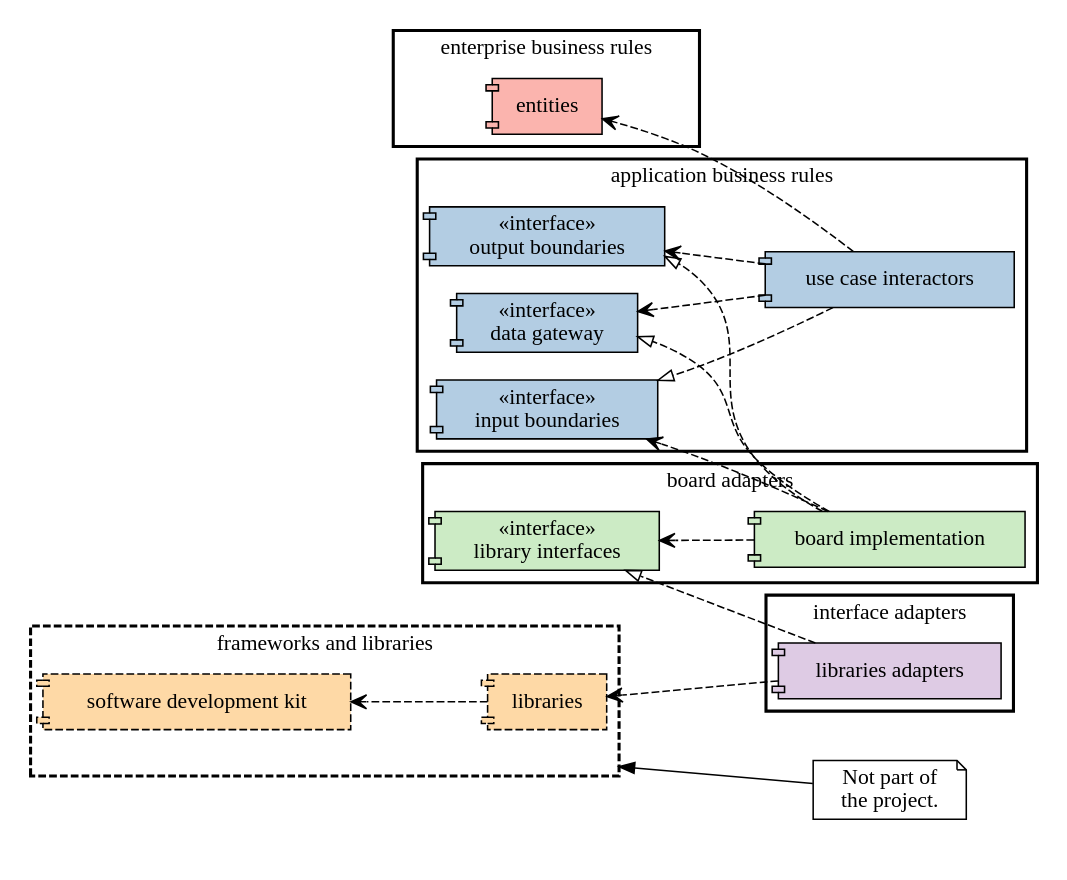
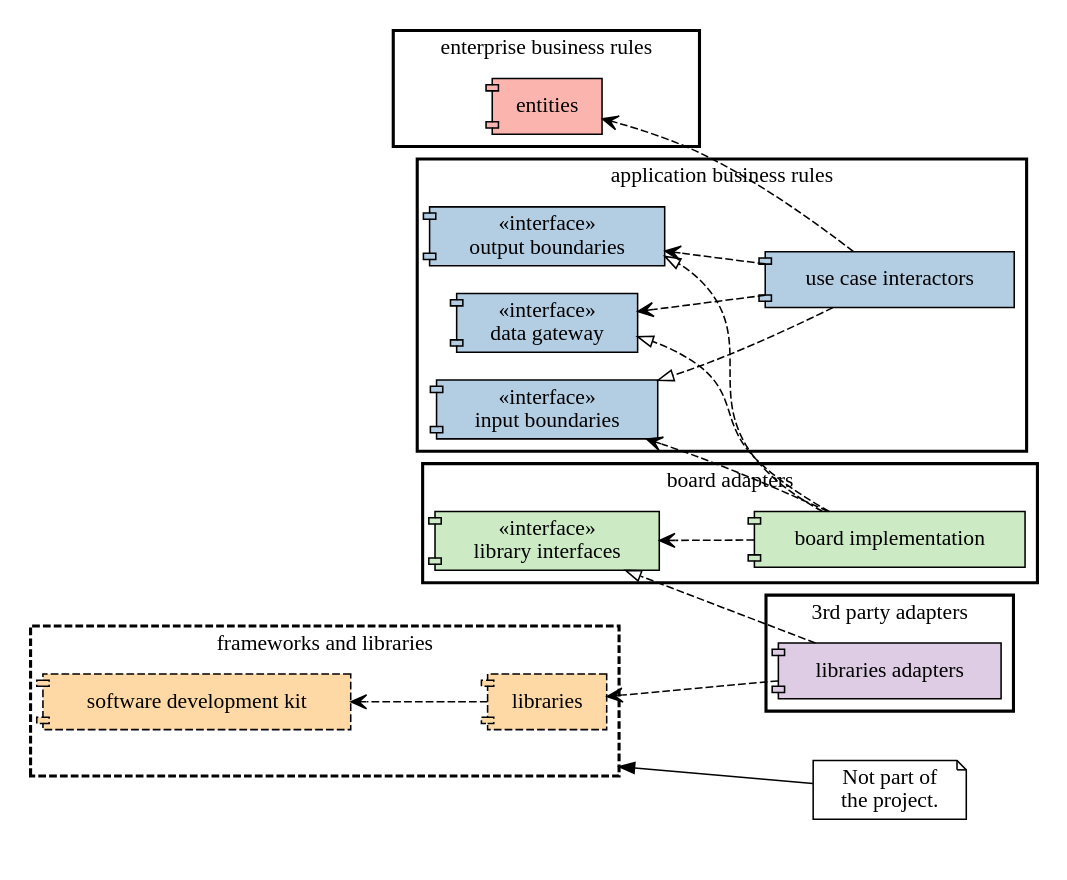
One commit to Task-Tracker-Systems/Task-Tracker-Device changed the diagram in doc/component_architecture.dot. Above: the diagram before and after it, drawn with Graphviz. The commit also changed 1 other file, not shown here.

Commit message:
Use '3rd party adapters'.

```diff
--- a/doc/component_architecture.dot
+++ b/doc/component_architecture.dot
@@ -1,102 +1,102 @@
 digraph component_architecture {
   compound=true;
   rankdir="RL";
   style="bold"
   
   node [shape="component"];
   node [colorscheme="pastel19"];
   
     {
         // package 'application'
         node [fillcolor="2", style="filled"];
         
         subgraph cluster_app {
             label = "application business rules";
         
             output_boundaries [label="«interface»\n output boundaries"]
             use_cases [label="use case interactors"]
             input_boundaries [label="«interface»\n input boundaries"]
             data_interface [label="«interface»\n data gateway"]
         }
     }
     
     {
         // package 'enterprise business rules'
         node [fillcolor="1", style="filled"];
         
         subgraph cluster_ebr {
             label = "enterprise business rules";
             entities;
         }
     }
   
     {
         // package 'frameworks and libraries'
         node [fillcolor="5", style="filled, dashed"];
         
         subgraph cluster_thirdparty {
             label = "frameworks and libraries";
             style="bold,dashed";
             thirdparty[shape=point style=invis];
            
             sdk [label="software development kit"]
             libraries;
         }
     }
     
     subgraph clusterX_margin
     {
         style=invis
         margin="20.0,0.0"
         n1 [label="Not part of\nthe project.", shape="note"]
         n1 -> thirdparty [lhead="cluster_thirdparty"];
     }
   
     {
         // package 'interface adapters'
         node [fillcolor="4", style="filled"];
         
         subgraph cluster_ia {
-            label = "interface adapters";
+            label = "3rd party adapters";
             liberaries_adapters [label="libraries adapters"];
         };
     }
   
     {
         // package 'board adapters'
         node [fillcolor="3", style="filled"];
         
         subgraph cluster_board {
             label = "board adapters";
         
             // controllers, presenters, views;
             library_interfaces [label="«interface»\n library interfaces"]
             board_impl [label="board implementation"]
         }
     }
     
     {
         // associations
         edge [style="dashed"];
         {
             // dependencies
             edge [arrowhead="vee"];
             use_cases -> entities;
             use_cases -> output_boundaries;
             board_impl -> input_boundaries;
             board_impl -> library_interfaces;
             use_cases -> data_interface;
             
             libraries -> sdk;
             liberaries_adapters -> libraries;
         }
         {
             // realizations
             edge [arrowhead="onormal"];
             use_cases -> input_boundaries;
             board_impl -> output_boundaries;
             liberaries_adapters -> library_interfaces;
             board_impl -> data_interface;
         }
     }
 }
```
